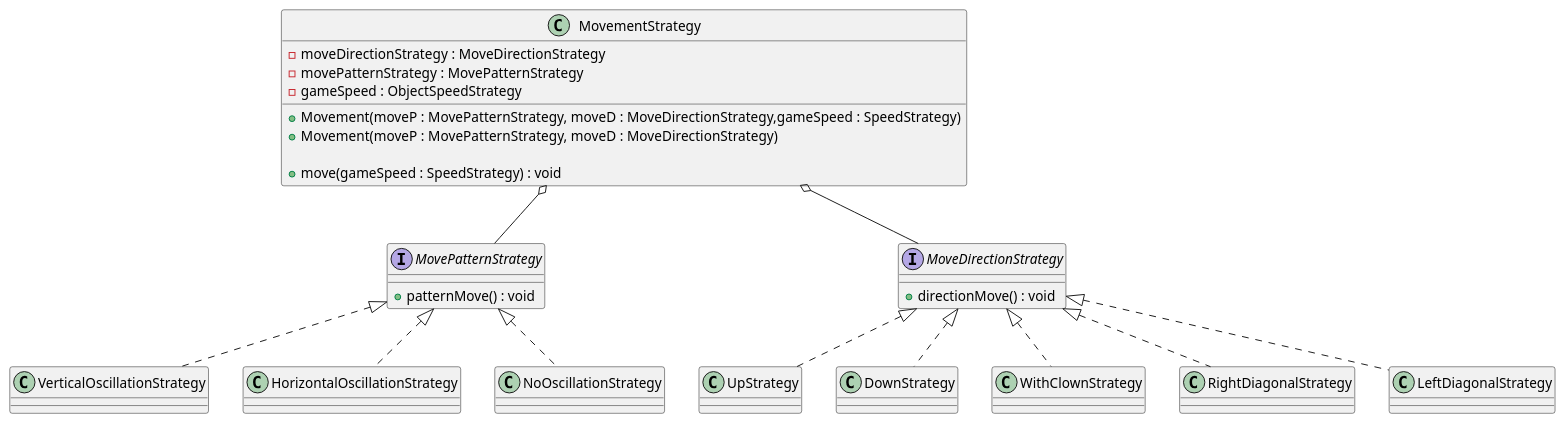
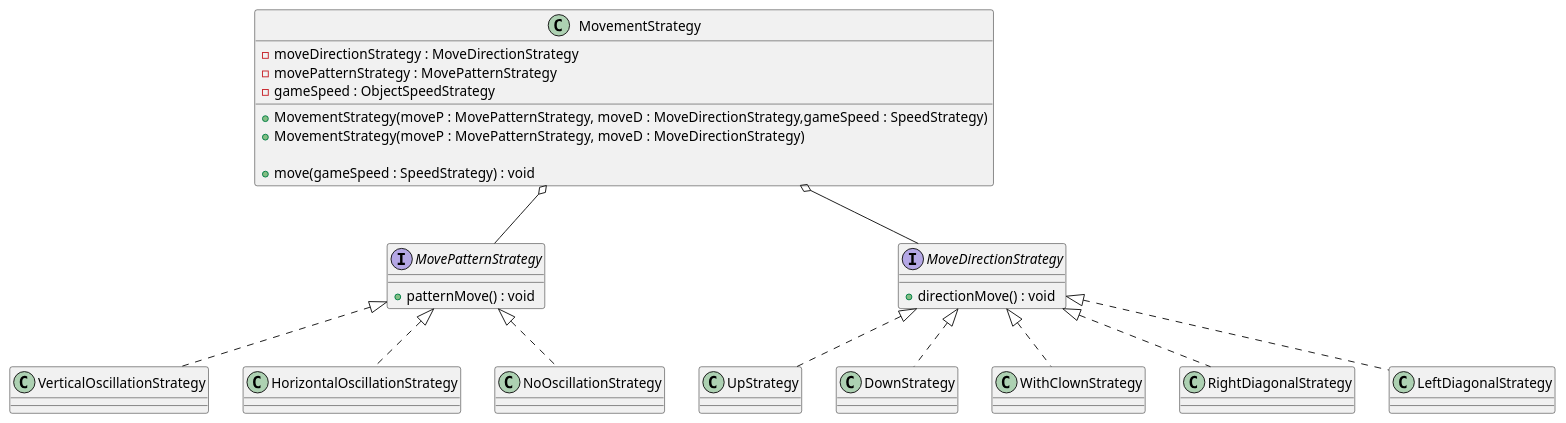
Before and after one commit to shadyalattarr/Circus-of-Plates: the diagram in UML/Design Patterns/MovementStrategy.wsd, drawn with PlantUML. The commit also changed 12 other files, not shown here.

```diff
--- a/UML/Design Patterns/MovementStrategy.wsd
+++ b/UML/Design Patterns/MovementStrategy.wsd
@@ -1,71 +1,71 @@
 @startuml MovementStrategy
 
 class MovementStrategy{
     -moveDirectionStrategy : MoveDirectionStrategy
     -movePatternStrategy : MovePatternStrategy
     -gameSpeed : ObjectSpeedStrategy
-    +Movement(moveP : MovePatternStrategy, moveD : MoveDirectionStrategy,gameSpeed : SpeedStrategy)
-    +Movement(moveP : MovePatternStrategy, moveD : MoveDirectionStrategy) 
+    +MovementStrategy(moveP : MovePatternStrategy, moveD : MoveDirectionStrategy,gameSpeed : SpeedStrategy)
+    +MovementStrategy(moveP : MovePatternStrategy, moveD : MoveDirectionStrategy) 
     /'second constructor to make a movement without speed aka difault speed?'/
 
     +move(gameSpeed : SpeedStrategy) : void
 }
 
 
 interface MovePatternStrategy { 
     +patternMove() : void
 }
 
 class VerticalOscillationStrategy { 
 
 }
 
 class HorizontalOscillationStrategy { 
     
 }
 
 class NoOscillationStrategy { 
     
 }
 
 interface MoveDirectionStrategy{
     +directionMove() : void
 }
 
 class UpStrategy{
 
 }
 
 class DownStrategy{
 
 }
 
 class WithClownStrategy{
 
 }
 
 class RightDiagonalStrategy {
 
 }
 
 class LeftDiagonalStrategy {
 
 }
 
 MovementStrategy o-- MoveDirectionStrategy
 MovementStrategy o-- MovePatternStrategy
 
 
 
 MoveDirectionStrategy <|.. UpStrategy 
 MoveDirectionStrategy <|.. DownStrategy 
 MoveDirectionStrategy <|.. WithClownStrategy 
 MoveDirectionStrategy <|.. RightDiagonalStrategy 
 MoveDirectionStrategy <|.. LeftDiagonalStrategy 
 
 
 MovePatternStrategy <|.. NoOscillationStrategy
 MovePatternStrategy <|.. VerticalOscillationStrategy
 MovePatternStrategy <|.. HorizontalOscillationStrategy
 
 @enduml
```
